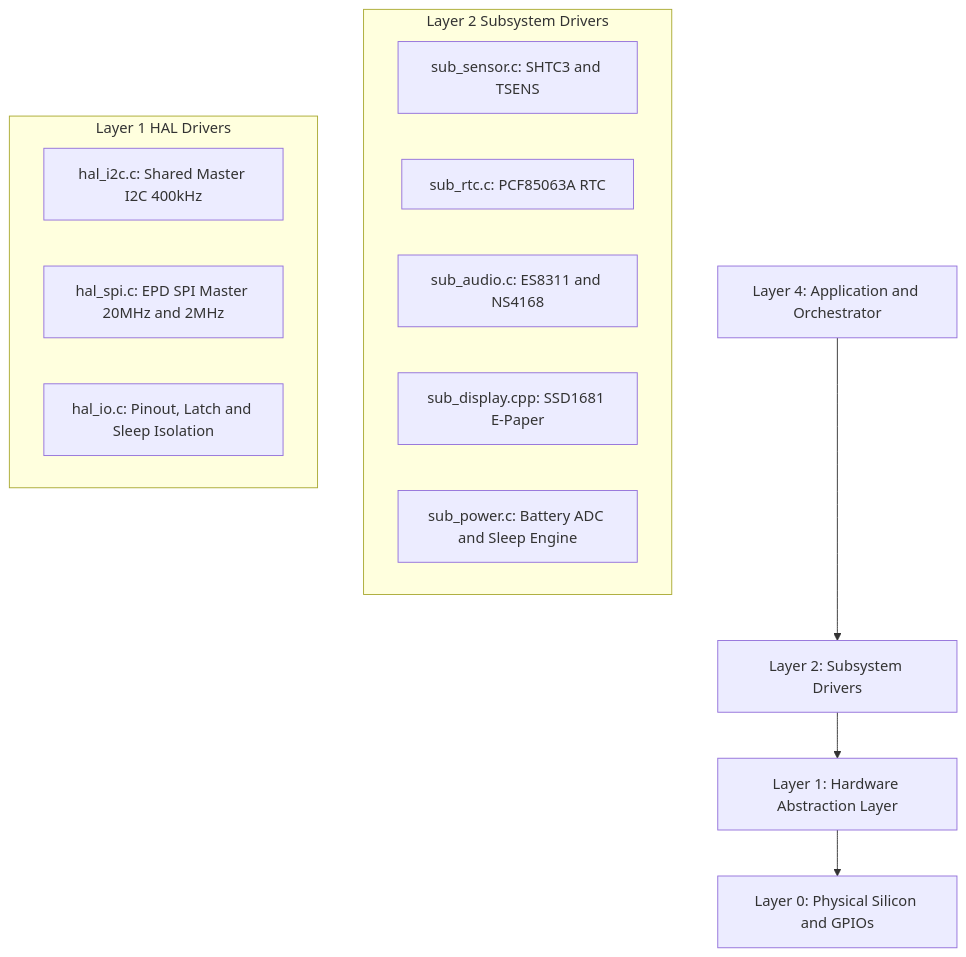
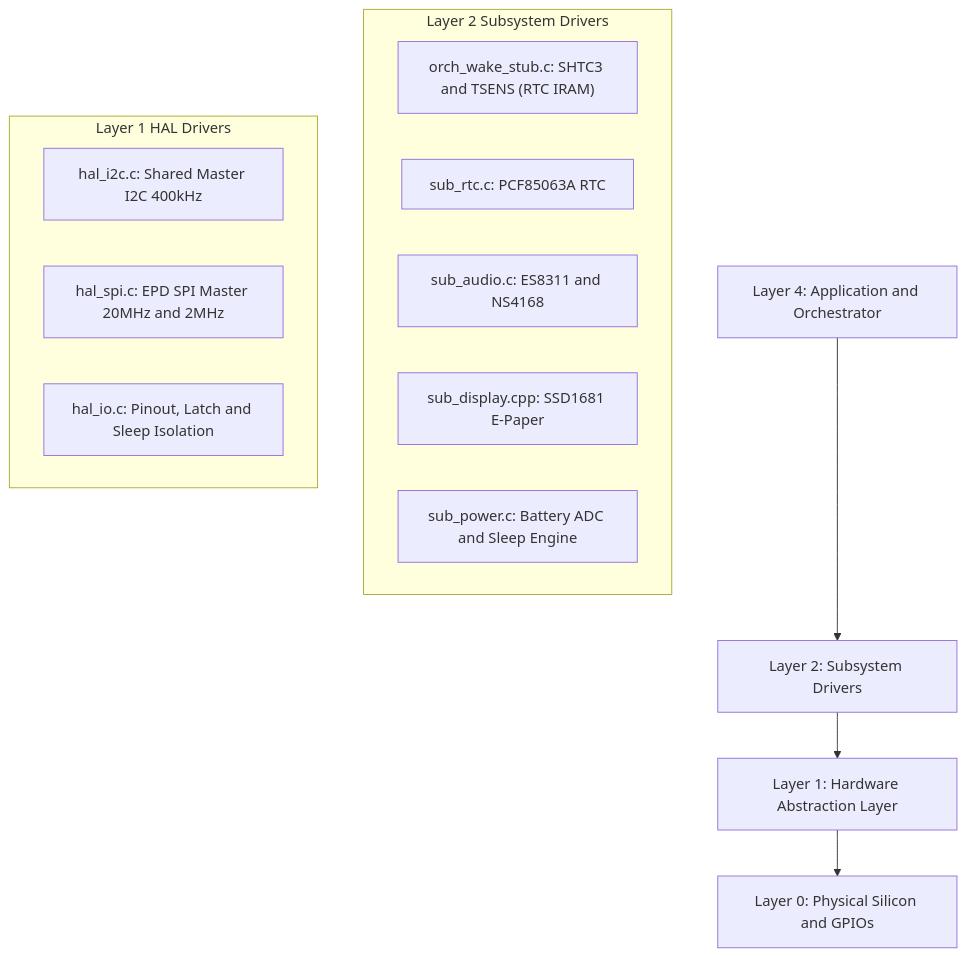
One commit to Humidyne-Labs/H1OS changed the diagram in docs/drivers/00_overview.md. Above: the diagram before and after it, drawn with Mermaid. The commit also changed other lines of this file and 40 other files, not shown here.

````diff
--- a/docs/drivers/00_overview.md
+++ b/docs/drivers/00_overview.md
@@ -47,20 +47,20 @@
 ```mermaid
 graph TD;
     App["Layer 4: Application and Orchestrator"] --> Sub["Layer 2: Subsystem Drivers"];
     Sub --> HAL["Layer 1: Hardware Abstraction Layer"];
     HAL --> HW["Layer 0: Physical Silicon and GPIOs"];
 
     subgraph Layer2_Subsystems ["Layer 2 Subsystem Drivers"]
-        sub_sensor["sub_sensor.c: SHTC3 and TSENS"];
+        wake_stub["orch_wake_stub.c: SHTC3 and TSENS (RTC IRAM)"];
         sub_rtc["sub_rtc.c: PCF85063A RTC"];
         sub_audio["sub_audio.c: ES8311 and NS4168"];
         sub_display["sub_display.cpp: SSD1681 E-Paper"];
         sub_power["sub_power.c: Battery ADC and Sleep Engine"];
     end
 
     subgraph Layer1_HAL ["Layer 1 HAL Drivers"]
         hal_i2c["hal_i2c.c: Shared Master I2C 400kHz"];
         hal_spi["hal_spi.c: EPD SPI Master 20MHz and 2MHz"];
         hal_io["hal_io.c: Pinout, Latch and Sleep Isolation"];
     end
 ```
````
